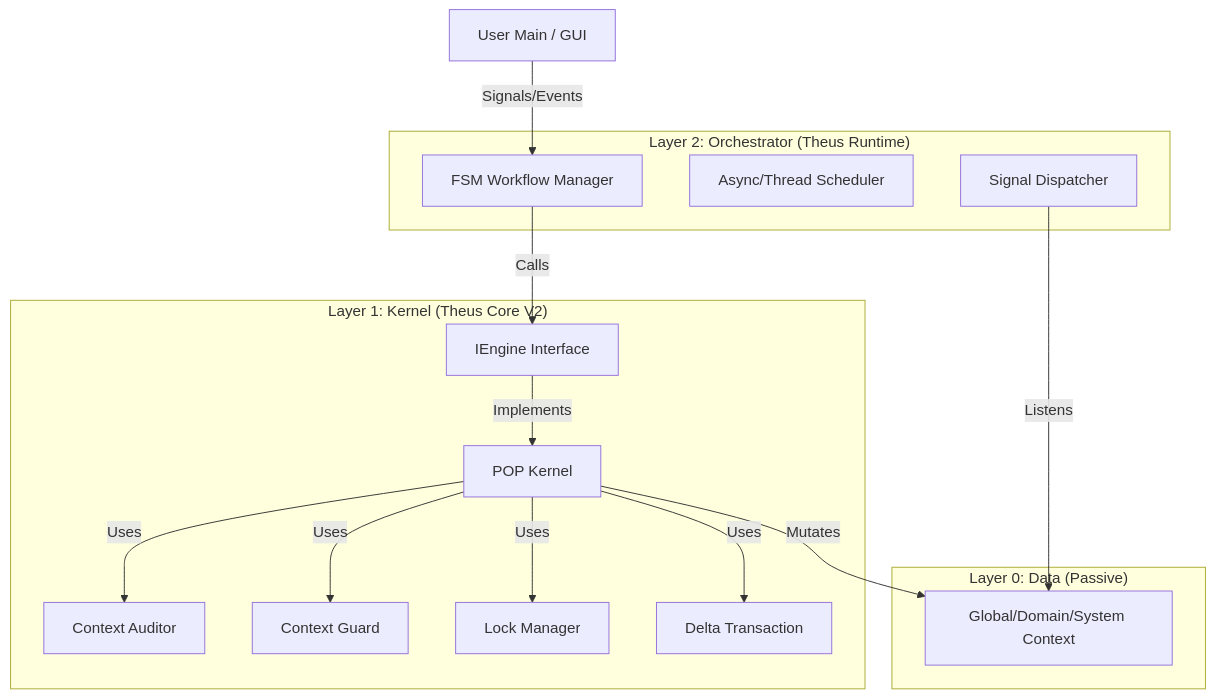
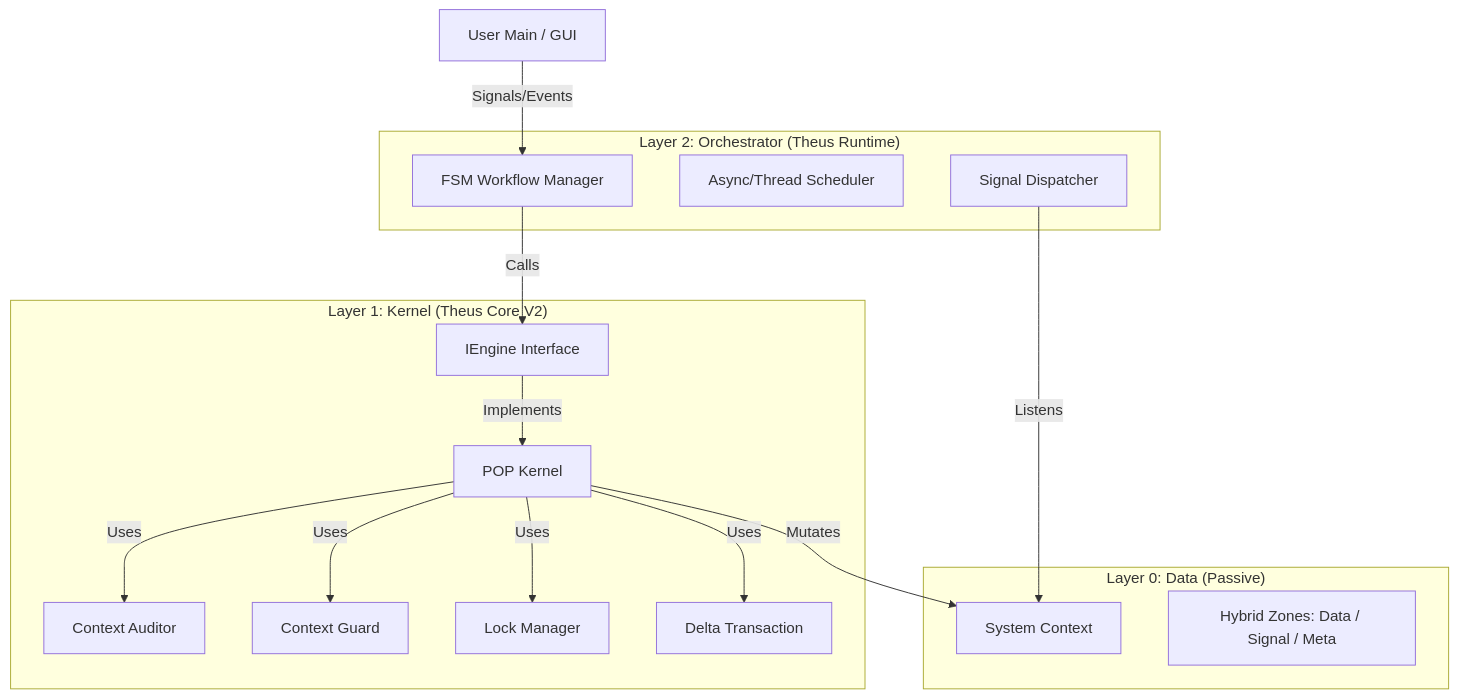
One commit to dohuyhoang93/theus changed the diagram in Documents/SPECS/theus_v2_1_architecture.md. Above: the diagram before and after it, drawn with Mermaid. The commit also changed 67 other files, not shown here.

````diff
--- a/Documents/SPECS/theus_v2_1_architecture.md
+++ b/Documents/SPECS/theus_v2_1_architecture.md
@@ -10,27 +10,28 @@
 ```mermaid
 graph TD
     UserCode[User Main / GUI] -->|Signals/Events| Orchestrator
     
     subgraph "Layer 2: Orchestrator (Theus Runtime)"
         Orchestrator[FSM Workflow Manager]
         Scheduler[Async/Thread Scheduler]
         EventBus[Signal Dispatcher]
     end
     
     Orchestrator -->|Calls| Interface[IEngine Interface]
     
     subgraph "Layer 1: Kernel (Theus Core V2)"
         Interface -- Implements --> POPEngine[POP Kernel]
         POPEngine -->|Uses| Auditor[Context Auditor]
         POPEngine -->|Uses| Guard[Context Guard]
         POPEngine -->|Uses| Lock[Lock Manager]
         POPEngine -->|Uses| Transaction[Delta Transaction]
     end
     
     subgraph "Layer 0: Data (Passive)"
-        Context[Global/Domain/System Context]
+        Context[System Context]
+        Zones[Hybrid Zones: Data / Signal / Meta]
     end
     
     POPEngine -->|Mutates| Context
     EventBus -->|Listens| Context
 ```
````
